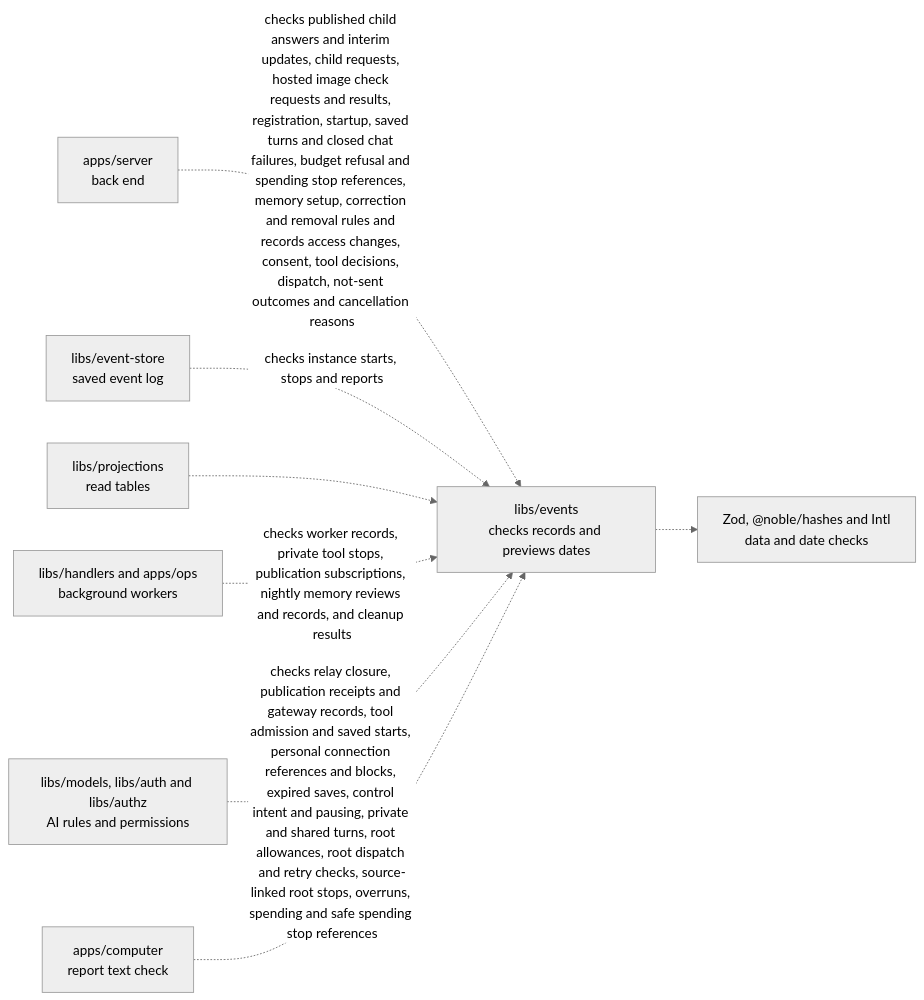
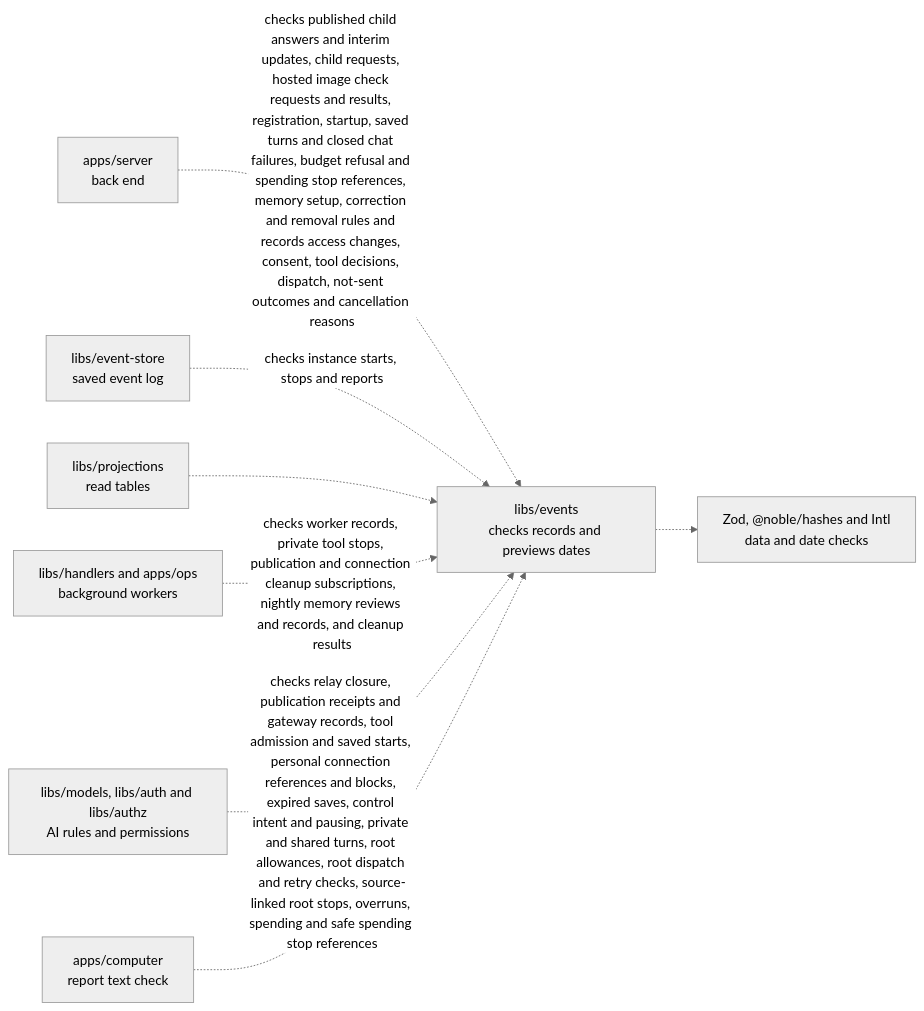
Before and after one commit to elewa-git/opencrane-new: the diagram in libs/events/README.md, drawn with Mermaid (neutral theme). The commit also changed other lines of this file and 19 other files, not shown here.

````diff
--- a/libs/events/README.md
+++ b/libs/events/README.md
@@ -27,10 +27,10 @@
 ```mermaid
 flowchart LR
   server["apps/server<br/>back end"] -.->|checks published child answers and interim updates, child requests, hosted image check requests and results, registration, startup, saved turns and closed chat failures, budget refusal and spending stop references, memory setup, correction and removal rules and records access changes, consent, tool decisions, dispatch, not-sent outcomes and cancellation reasons| events["libs/events<br/>checks records and previews dates"]
   store["libs/event-store<br/>saved event log"] -.->|checks instance starts, stops and reports| events
   projections["libs/projections<br/>read tables"] -.-> events
-  workers["libs/handlers and apps/ops<br/>background workers"] -.->|checks worker records, private tool stops, publication subscriptions, nightly memory reviews and records, and cleanup results| events
+  workers["libs/handlers and apps/ops<br/>background workers"] -.->|checks worker records, private tool stops, publication and connection cleanup subscriptions, nightly memory reviews and records, and cleanup results| events
   others["libs/models, libs/auth and libs/authz<br/>AI rules and permissions"] -.->|checks relay closure, publication receipts and gateway records, tool admission and saved starts, personal connection references and blocks, expired saves, control intent and pausing, private and shared turns, root allowances, root dispatch and retry checks, source-linked root stops, overruns, spending and safe spending stop references| events
   computer["apps/computer<br/>report text check"] -.-> events
   events -.-> checks["Zod, @noble/hashes and Intl<br/>data and date checks"]
 ```
````
